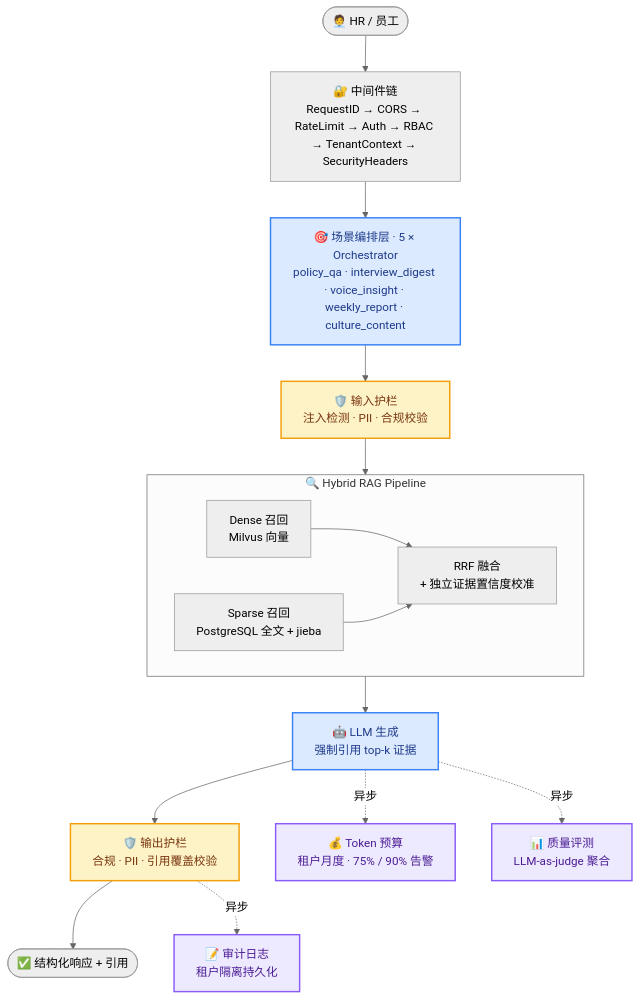
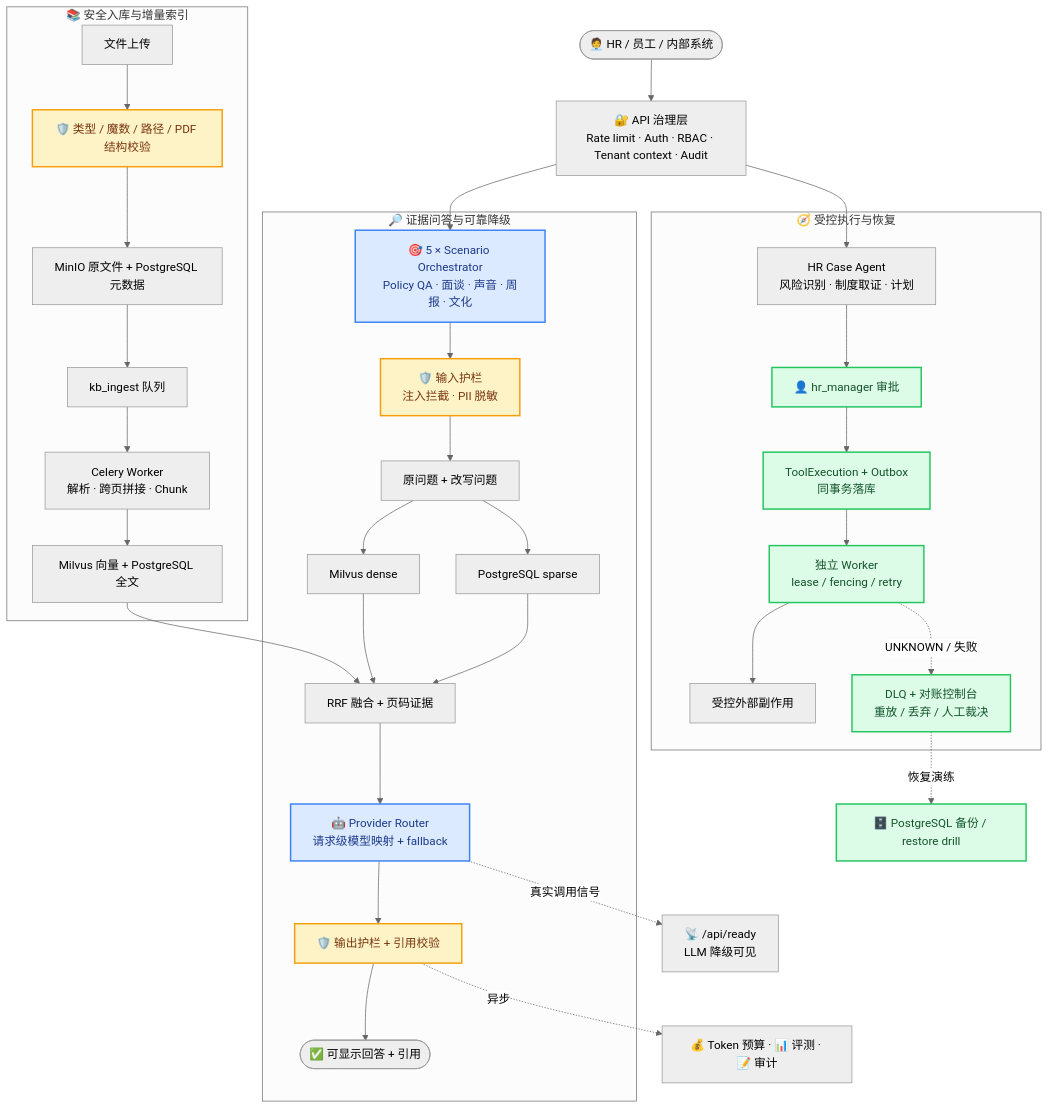
One commit to kayon0209/hrbpilot changed the diagram in README.md. Above: the diagram before and after it, drawn with Mermaid (neutral theme). The commit also changed other lines of this file and 3 other files, not shown here.

Commit message:
docs(readme): refresh product narrative and architecture visuals

````diff
--- a/README.md
+++ b/README.md
@@ -121,34 +127,46 @@
 ```mermaid
 flowchart TB
-    Client(["🧑‍💼 HR / 员工"]) --> MW
+    Client(["🧑‍💼 HR / 员工 / 内部系统"]) --> Gateway
+    Gateway["🔐 API 治理层<br/>Rate limit · Auth · RBAC · Tenant context · Audit"] --> Scenarios
+    Gateway --> CaseAgent
 
-    MW["🔐 中间件链<br/>RequestID → CORS → RateLimit → Auth → RBAC → TenantContext → SecurityHeaders"]
-    MW --> Orch
-
-    Orch["🎯 场景编排层 · 5 × Orchestrator<br/>policy_qa · interview_digest · voice_insight · weekly_report · culture_content"]
-    Orch --> InGuard
-
-    InGuard["🛡️ 输入护栏<br/>注入检测 · PII · 合规校验"]
-    InGuard --> RAG
-
-    subgraph RAG["🔍 Hybrid RAG Pipeline"]
-        direction LR
-        Dense["Dense 召回<br/>Milvus 向量"] --> RRF["RRF 融合<br/>+ 独立证据置信度校准"]
-        Sparse["Sparse 召回<br/>PostgreSQL 全文 + jieba"] --> RRF
+    subgraph Knowledge["📚 安全入库与增量索引"]
+        Upload["文件上传"] --> UploadGuard["🛡️ 类型 / 魔数 / 路径 / PDF 结构校验"]
+        UploadGuard --> Source["MinIO 原文件 + PostgreSQL 元数据"]
+        Source --> IngestQueue["kb_ingest 队列"]
+        IngestQueue --> IngestWorker["Celery Worker<br/>解析 · 跨页拼接 · Chunk"]
+        IngestWorker --> Index["Milvus 向量 + PostgreSQL 全文"]
     end
 
-    RAG --> LLM["🤖 LLM 生成<br/>强制引用 top-k 证据"]
-    LLM --> OutGuard["🛡️ 输出护栏<br/>合规 · PII · 引用覆盖校验"]
-    OutGuard --> Resp(["✅ 结构化响应 + 引用"])
+    subgraph Answer["🔎 证据问答与可靠降级"]
+        Scenarios["🎯 5 × Scenario Orchestrator<br/>Policy QA · 面谈 · 声音 · 周报 · 文化"] --> InGuard["🛡️ 输入护栏<br/>注入拦截 · PII 脱敏"]
+        InGuard --> Variants["原问题 + 改写问题"]
+        Variants --> Dense["Milvus dense"]
+        Variants --> Sparse["PostgreSQL sparse"]
+        Dense --> Fusion["RRF 融合 + 页码证据"]
+        Sparse --> Fusion
+        Fusion --> Router["🤖 Provider Router<br/>请求级模型映射 + fallback"]
+        Router --> OutGuard["🛡️ 输出护栏 + 引用校验"]
+        OutGuard --> Response(["✅ 可显示回答 + 引用"])
+    end
 
-    LLM -. 异步 .-> Budget["💰 Token 预算<br/>租户月度 · 75% / 90% 告警"]
-    LLM -. 异步 .-> Eval["📊 质量评测<br/>LLM-as-judge 聚合"]
-    OutGuard -. 异步 .-> Audit["📝 审计日志<br/>租户隔离持久化"]
+    subgraph Execution["🧭 受控执行与恢复"]
+        CaseAgent["HR Case Agent<br/>风险识别 · 制度取证 · 计划"] --> Approval["👤 hr_manager 审批"]
+        Approval --> Outbox["ToolExecution + Outbox<br/>同事务落库"]
+        Outbox --> OutboxWorker["独立 Worker<br/>lease / fencing / retry"]
+        OutboxWorker --> Effect["受控外部副作用"]
+        OutboxWorker -. UNKNOWN / 失败 .-> Ops["DLQ + 对账控制台<br/>重放 / 丢弃 / 人工裁决"]
+    end
+
+    Index --> Fusion
+    Router -. 真实调用信号 .-> Ready["📡 /api/ready<br/>LLM 降级可见"]
+    OutGuard -. 异步 .-> Governance["💰 Token 预算 · 📊 评测 · 📝 审计"]
+    Ops -. 恢复演练 .-> Backup["🗄️ PostgreSQL 备份 / restore drill"]
 
     classDef guard fill:#fef3c7,stroke:#f59e0b,stroke-width:2px,color:#78350f
-    classDef gov fill:#ede9fe,stroke:#8b5cf6,stroke-width:2px,color:#4c1d95
     classDef core fill:#dbeafe,stroke:#3b82f6,stroke-width:2px,color:#1e3a8a
-    class InGuard,OutGuard guard
-    class Budget,Eval,Audit gov
-    class Orch,LLM core
+    classDef ops fill:#dcfce7,stroke:#22c55e,stroke-width:2px,color:#14532d
+    class UploadGuard,InGuard,OutGuard guard
+    class Scenarios,Router core
+    class Approval,Outbox,OutboxWorker,Ops,Backup ops
 ```
````
